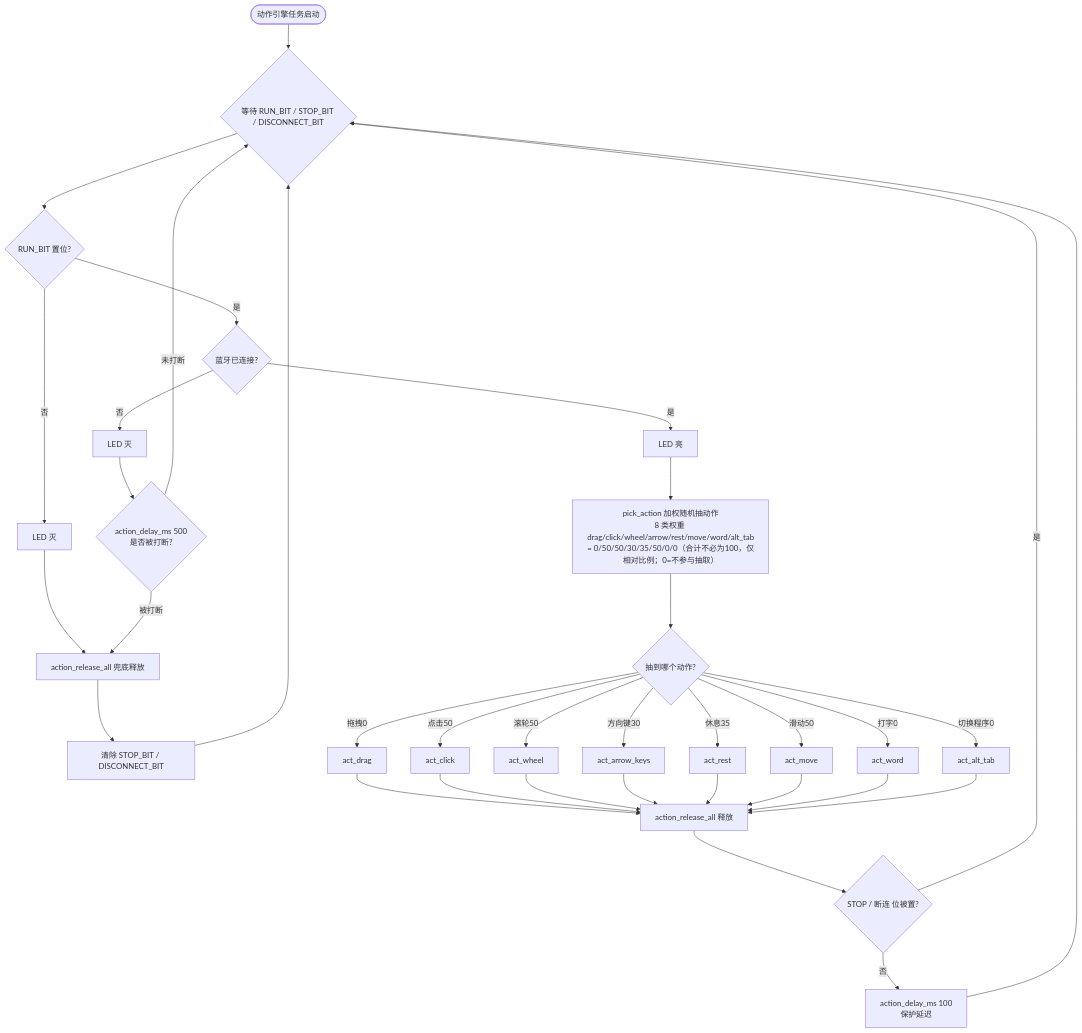
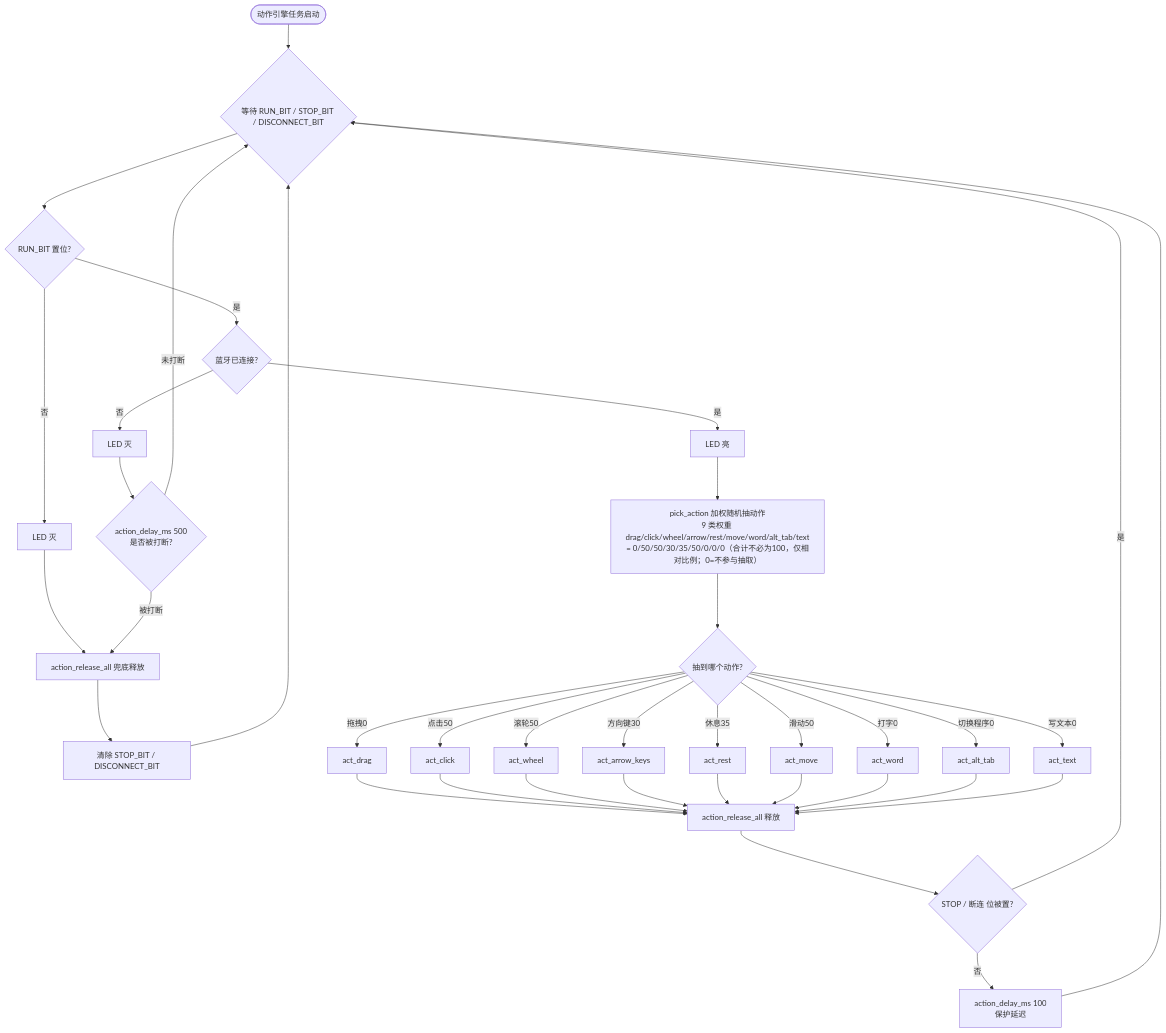
One commit to cr3hf/ESP32_WEB_BLE_Keyboard-mouse changed the first of 6 diagrams in 程序逻辑说明.md. Above: the diagram before and after it, drawn with Mermaid. The commit also changed other lines of this file and 18 other files, not shown here.

````diff
--- a/程序逻辑说明.md
+++ b/程序逻辑说明.md
@@ -119,37 +130,39 @@
 ```mermaid
 flowchart TD
     A([动作引擎任务启动]) --> B{等待 RUN_BIT / STOP_BIT / DISCONNECT_BIT}
     B --> C{RUN_BIT 置位?}
     C -- 否 --> D[LED 灭]
     D --> E[action_release_all 兜底释放]
     E --> F[清除 STOP_BIT / DISCONNECT_BIT]
     F --> B
     C -- 是 --> G{蓝牙已连接?}
     G -- 否 --> H[LED 灭]
     H --> I{action_delay_ms 500<br/>是否被打断?}
     I -- 被打断 --> E
     I -- 未打断 --> B
     G -- 是 --> J[LED 亮]
-    J --> K[pick_action 加权随机抽动作<br/>8 类权重 drag/click/wheel/arrow/rest/move/word/alt_tab<br/>= 0/50/50/30/35/50/0/0（合计不必为100，仅相对比例；0=不参与抽取）]
+    J --> K[pick_action 加权随机抽动作<br/>9 类权重 drag/click/wheel/arrow/rest/move/word/alt_tab/text<br/>= 0/50/50/30/35/50/0/0/0（合计不必为100，仅相对比例；0=不参与抽取）]
     K --> L{抽到哪个动作?}
     L -- 拖拽0 --> M1[act_drag]
     L -- 点击50 --> M2[act_click]
     L -- 滚轮50 --> M3[act_wheel]
     L -- 方向键30 --> M4[act_arrow_keys]
     L -- 休息35 --> M5[act_rest]
     L -- 滑动50 --> M6[act_move]
     L -- 打字0 --> M7[act_word]
     L -- 切换程序0 --> M8[act_alt_tab]
+    L -- 写文本0 --> M9[act_text]
     M1 --> N[action_release_all 释放]
     M2 --> N
     M3 --> N
     M4 --> N
     M5 --> N
     M6 --> N
     M7 --> N
     M8 --> N
+    M9 --> N
     N --> O{STOP / 断连 位被置?}
     O -- 是 --> B
     O -- 否 --> P[action_delay_ms 100<br/>保护延迟]
     P --> B
 ```
````
